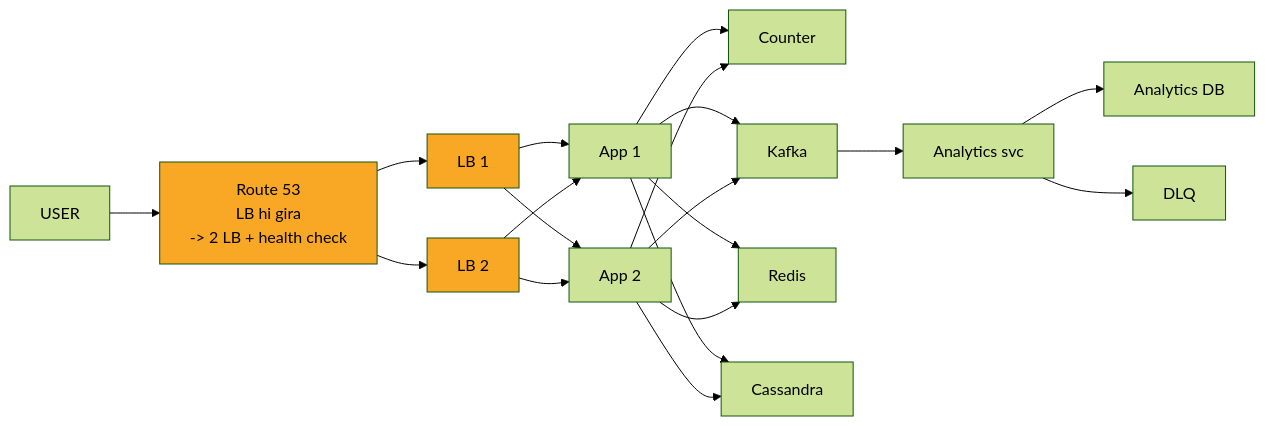
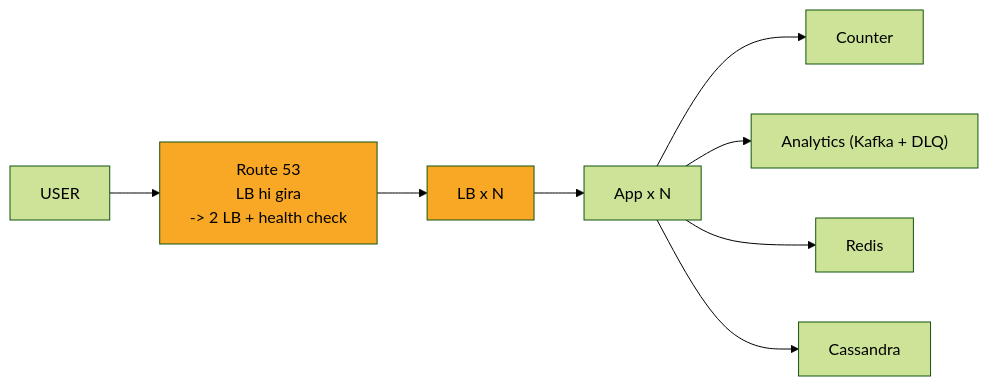
Before and after one commit to ArpanMaheshwari144/Prep: the eighth of 10 diagrams in 04_HLD/SYSTEM_DESIGNS/01_url_shortener/01_url_shortener.md, drawn with Mermaid (forest theme). The commit also changed other lines of this file and 11 other files, not shown here.

Commit message:
hld: card diagrams max 8 boxes (App x N, merged stores/chains; full diagram only in AAKHRI DABBA)

````diff
--- a/04_HLD/SYSTEM_DESIGNS/01_url_shortener/01_url_shortener.md
+++ b/04_HLD/SYSTEM_DESIGNS/01_url_shortener/01_url_shortener.md
@@ -366,37 +332,20 @@
 ```mermaid
 flowchart LR
     n_USER["USER"]
     n_Route_53["Route 53<br/>LB hi gira<br/>-> 2 LB + health check"]
-    n_LB_1["LB 1"]
-    n_LB_2["LB 2"]
-    n_App_x_N_1["App 1"]
-    n_App_x_N_2["App 2"]
+    n_LB_xN["LB x N"]
+    n_App_xN["App x N"]
     n_Counter["Counter"]
-    n_Kafka["Kafka"]
-    n_Analytics_svc["Analytics svc"]
-    n_Analytics_DB["Analytics DB"]
-    n_DLQ["DLQ"]
+    n_ANA["Analytics (Kafka + DLQ)"]
     n_Redis["Redis"]
     n_Cassandra["Cassandra"]
     n_USER --> n_Route_53
-    n_Route_53 --> n_LB_1
-    n_Route_53 --> n_LB_2
-    n_LB_1 --> n_App_x_N_1
-    n_LB_1 --> n_App_x_N_2
-    n_LB_2 --> n_App_x_N_1
-    n_LB_2 --> n_App_x_N_2
-    n_App_x_N_1 --> n_Counter
-    n_App_x_N_2 --> n_Counter
-    n_App_x_N_1 --> n_Kafka
-    n_App_x_N_2 --> n_Kafka
-    n_App_x_N_1 --> n_Redis
-    n_App_x_N_2 --> n_Redis
-    n_Kafka --> n_Analytics_svc
-    n_Analytics_svc --> n_Analytics_DB
-    n_App_x_N_1 --> n_Cassandra
-    n_App_x_N_2 --> n_Cassandra
-    n_Analytics_svc --> n_DLQ
+    n_Route_53 --> n_LB_xN
+    n_LB_xN --> n_App_xN
+    n_App_xN --> n_Counter
+    n_App_xN --> n_ANA
+    n_App_xN --> n_Redis
+    n_App_xN --> n_Cassandra
     style n_Route_53 fill:#f9a825,color:#000
-    style n_LB_1 fill:#f9a825,color:#000
-    style n_LB_2 fill:#f9a825,color:#000
+    style n_LB_xN fill:#f9a825,color:#000
 ```
````
